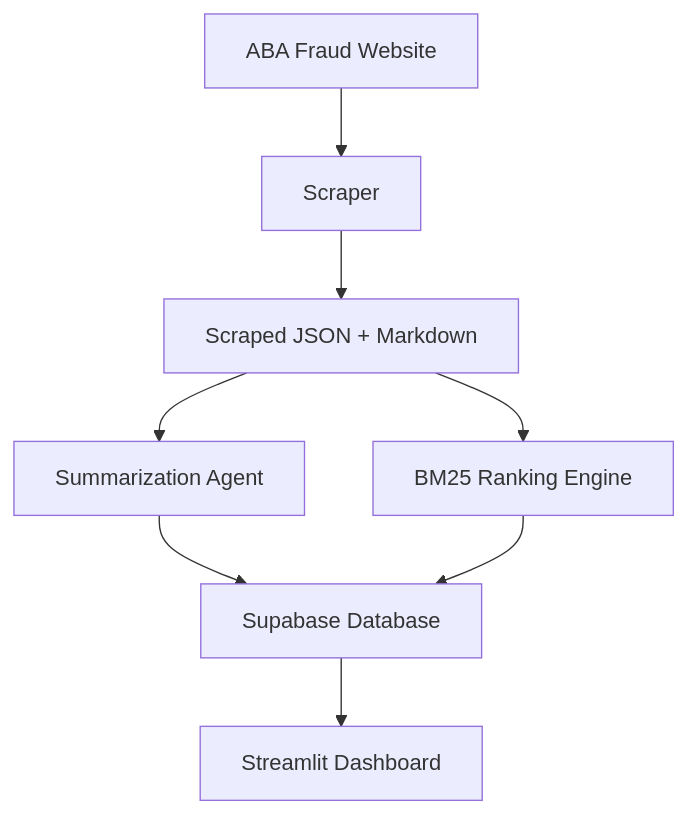
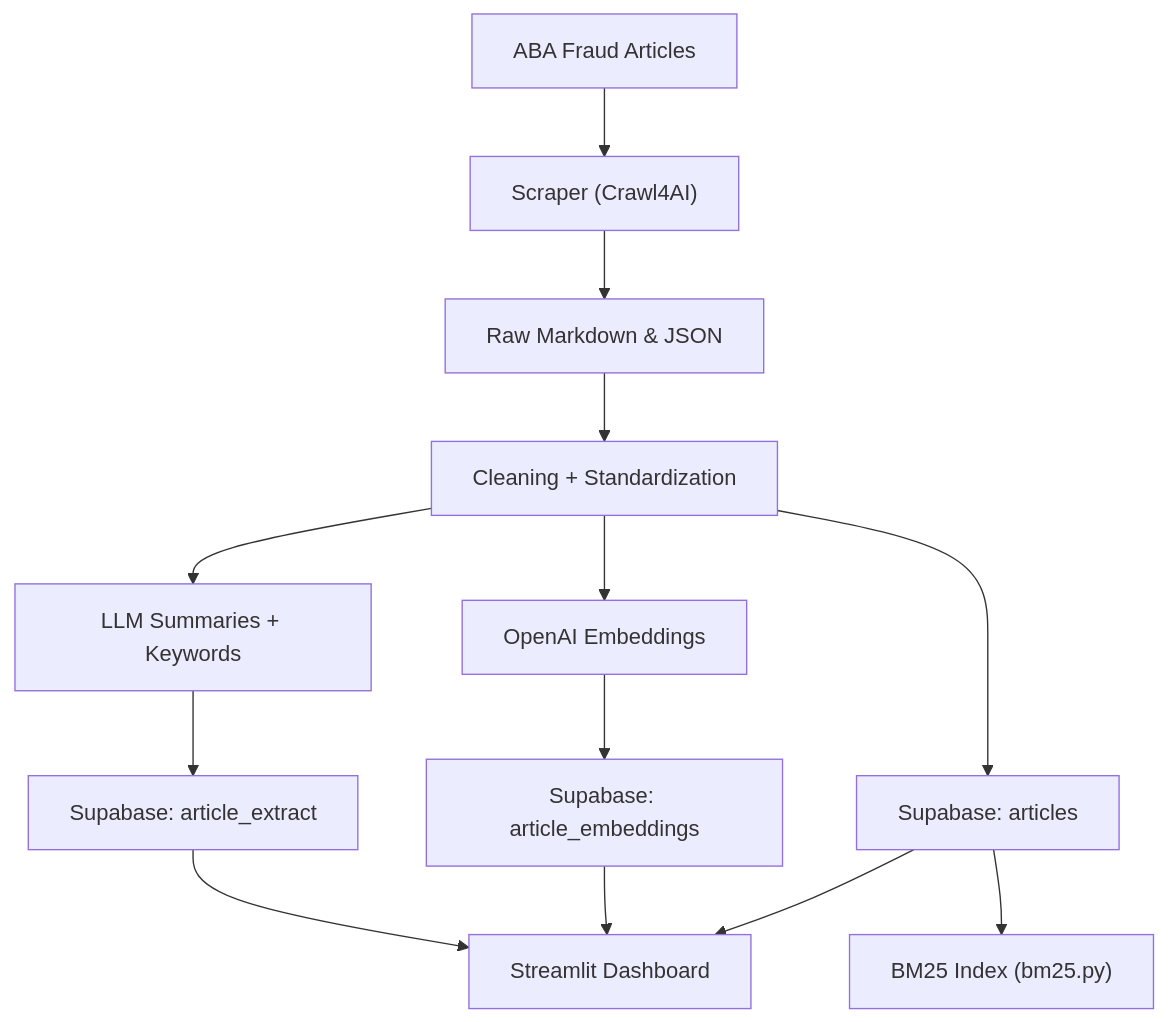
One commit to aesareen/ABAFraudNLP changed the diagram in README.md. Above: the diagram before and after it, drawn with Mermaid. The commit also changed other lines of this file, not shown here.

````diff
--- a/README.md
+++ b/README.md
@@ -79,10 +69,15 @@
 ```mermaid
 flowchart TD
-    A[ABA Fraud Website] --> B[Scraper]
-    B --> C[Scraped JSON + Markdown]
-    C --> D[Summarization Agent]
-    C --> E[BM25 Ranking Engine]
-    D --> F[Supabase Database]
-    E --> F
-    F --> G[Streamlit Dashboard]
+    A["ABA Fraud Articles"] --> B["Scraper (Crawl4AI)"]
+    B --> C["Raw Markdown & JSON"]
+    C --> D["Cleaning + Standardization"]
+    D --> E["LLM Summaries + Keywords"]
+    D --> F["OpenAI Embeddings"]
+    E --> G["Supabase: article_extract"]
+    D --> H["Supabase: articles"]
+    F --> I["Supabase: article_embeddings"]
+    H --> J["BM25 Index (bm25.py)"]
+    G --> K["Streamlit Dashboard"]
+    I --> K
+    H --> K
 ```
````
